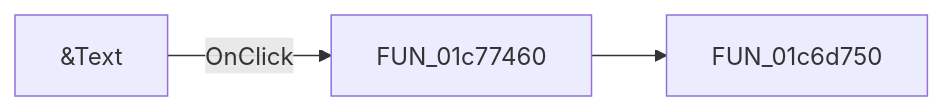
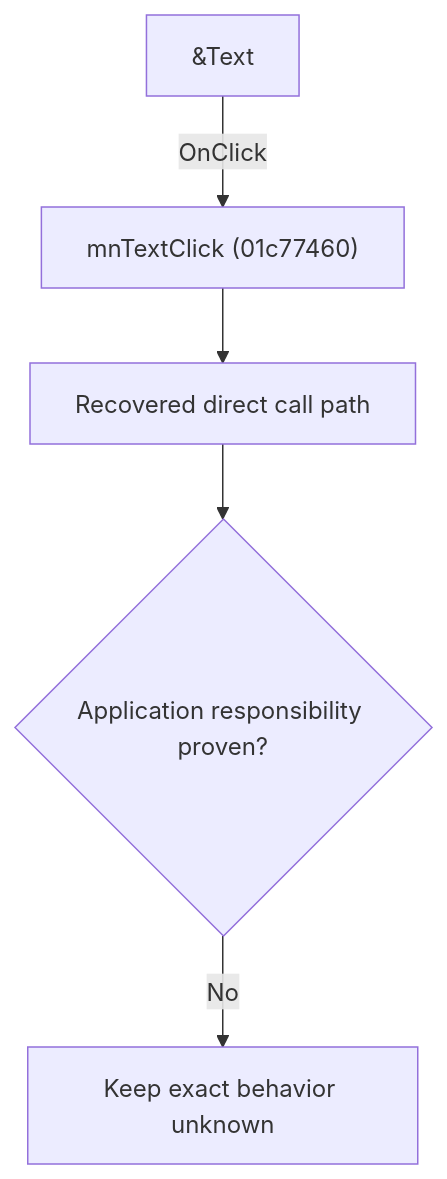
One commit to MovGP0/TIARA changed the diagram in docs/ui-controls/schematiceditor/mntext-67346479b5.md. Above: the diagram before and after it, drawn with Mermaid. The commit also changed other lines of this file and 1062 other files, not shown here.

````diff
--- a/docs/ui-controls/schematiceditor/mntext-67346479b5.md
+++ b/docs/ui-controls/schematiceditor/mntext-67346479b5.md
@@ -27,5 +27,7 @@
 ```mermaid
-flowchart LR
-    control["&Text"] -->|OnClick| handler["FUN_01c77460"]
-    handler --> call1["FUN_01c6d750"]
+flowchart TD
+    control["&Text"] -->|"OnClick"| handler["mnTextClick (01c77460)"]
+    handler --> recovered["Recovered direct call path"]
+    recovered --> gap{"Application responsibility proven?"}
+    gap -->|"No"| blocked["Keep exact behavior unknown"]
 ```
````
